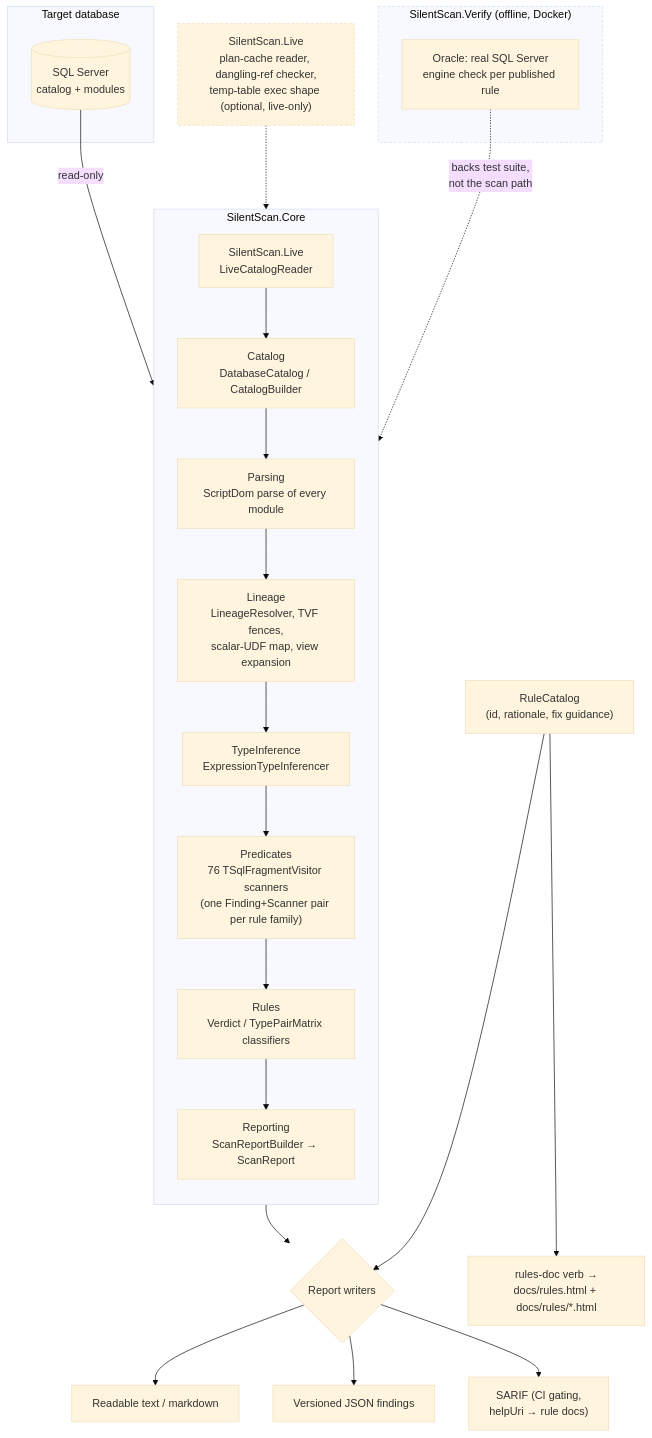
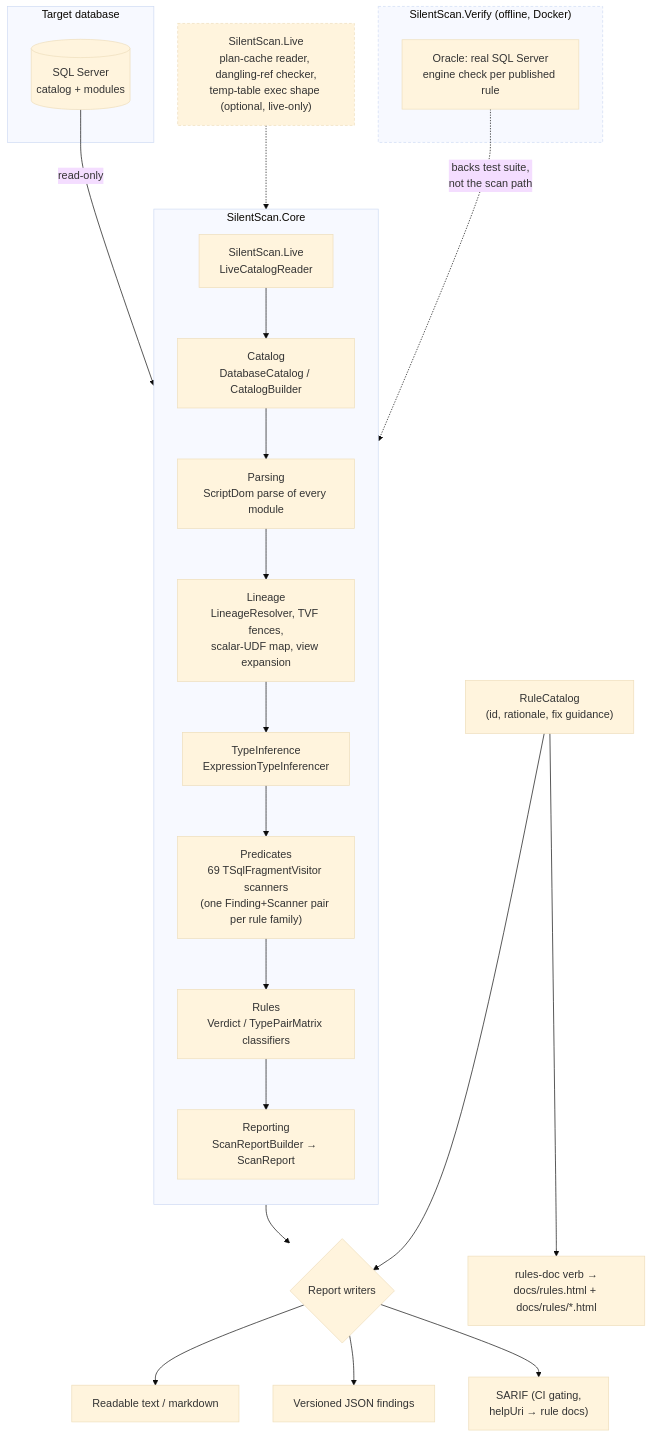
One commit to bhattumang7/mssql-silentscan changed the diagram in README.md. Above: the diagram before and after it, drawn with Mermaid (base theme). The commit also changed other lines of this file and 24 other files, not shown here.

````diff
--- a/README.md
+++ b/README.md
@@ -92,37 +92,37 @@
 ```mermaid
 flowchart TD
     subgraph Input["Target database"]
         DB[(SQL Server<br/>catalog + modules)]
     end
 
     DB -->|read-only| LCR["SilentScan.Live<br/>LiveCatalogReader"]
 
     subgraph Core["SilentScan.Core"]
         direction TB
         LCR --> CAT["Catalog<br/>DatabaseCatalog / CatalogBuilder"]
         CAT --> PARSE["Parsing<br/>ScriptDom parse of every module"]
         PARSE --> LIN["Lineage<br/>LineageResolver, TVF fences,<br/>scalar-UDF map, view expansion"]
         LIN --> TYPE["TypeInference<br/>ExpressionTypeInferencer"]
-        TYPE --> PRED["Predicates<br/>76 TSqlFragmentVisitor scanners<br/>(one Finding+Scanner pair per rule family)"]
+        TYPE --> PRED["Predicates<br/>69 TSqlFragmentVisitor scanners<br/>(one Finding+Scanner pair per rule family)"]
         PRED --> RULES["Rules<br/>Verdict / TypePairMatrix classifiers"]
         RULES --> SRB["Reporting<br/>ScanReportBuilder → ScanReport"]
     end
 
     LIVEEXTRA["SilentScan.Live<br/>plan-cache reader, dangling-ref checker,<br/>temp-table exec shape (optional, live-only)"] -.-> SRB
 
     SRB --> WRITERS{"Report writers"}
     WRITERS --> TXT["Readable text / markdown"]
     WRITERS --> JSON["Versioned JSON findings"]
     WRITERS --> SARIF["SARIF (CI gating,<br/>helpUri → rule docs)"]
 
     RULECAT["RuleCatalog<br/>(id, rationale, fix guidance)"] --> WRITERS
     RULECAT --> RULEDOCS["rules-doc verb →<br/>docs/rules.html + docs/rules/*.html"]
 
     subgraph Verify["SilentScan.Verify (offline, Docker)"]
         ORACLE["Oracle: real SQL Server<br/>engine check per published rule"]
     end
     ORACLE -.->|backs test suite,<br/>not the scan path| PRED
 
     classDef opt stroke-dasharray: 4 3;
     class LIVEEXTRA,Verify opt;
 ```
````
